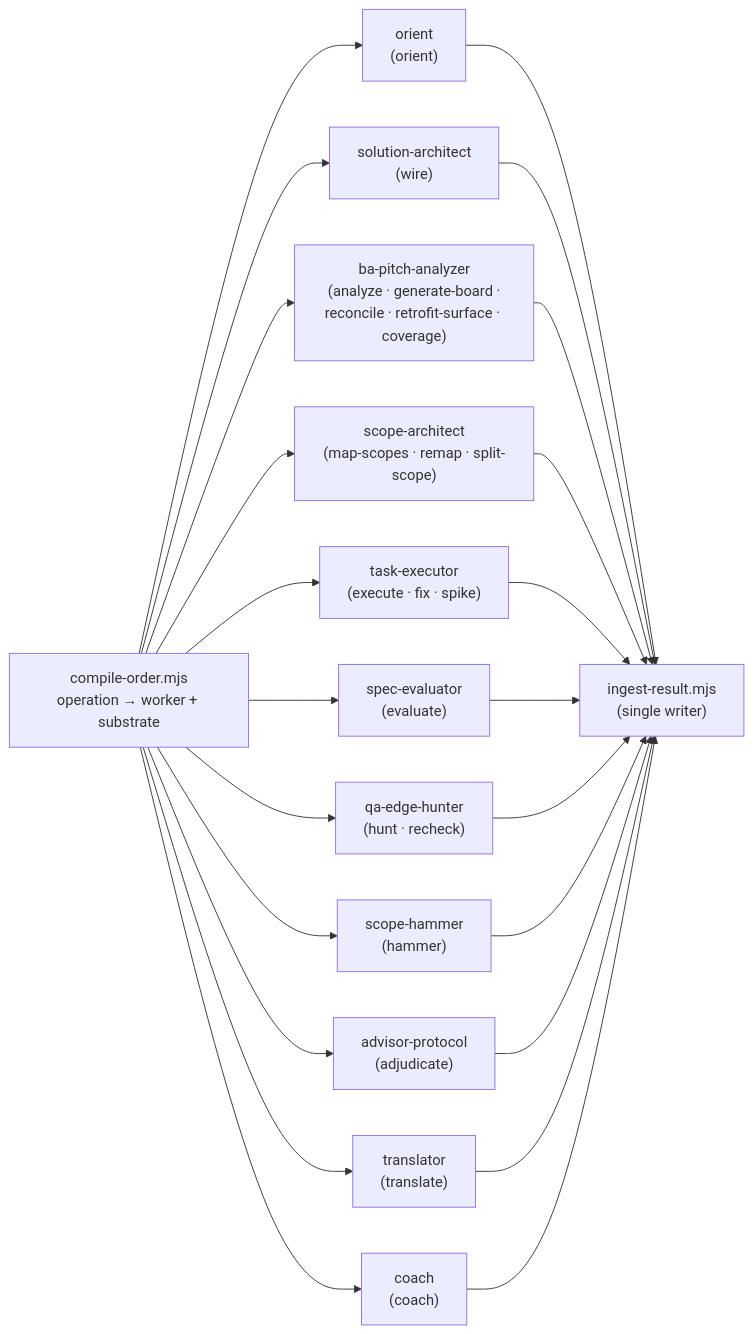
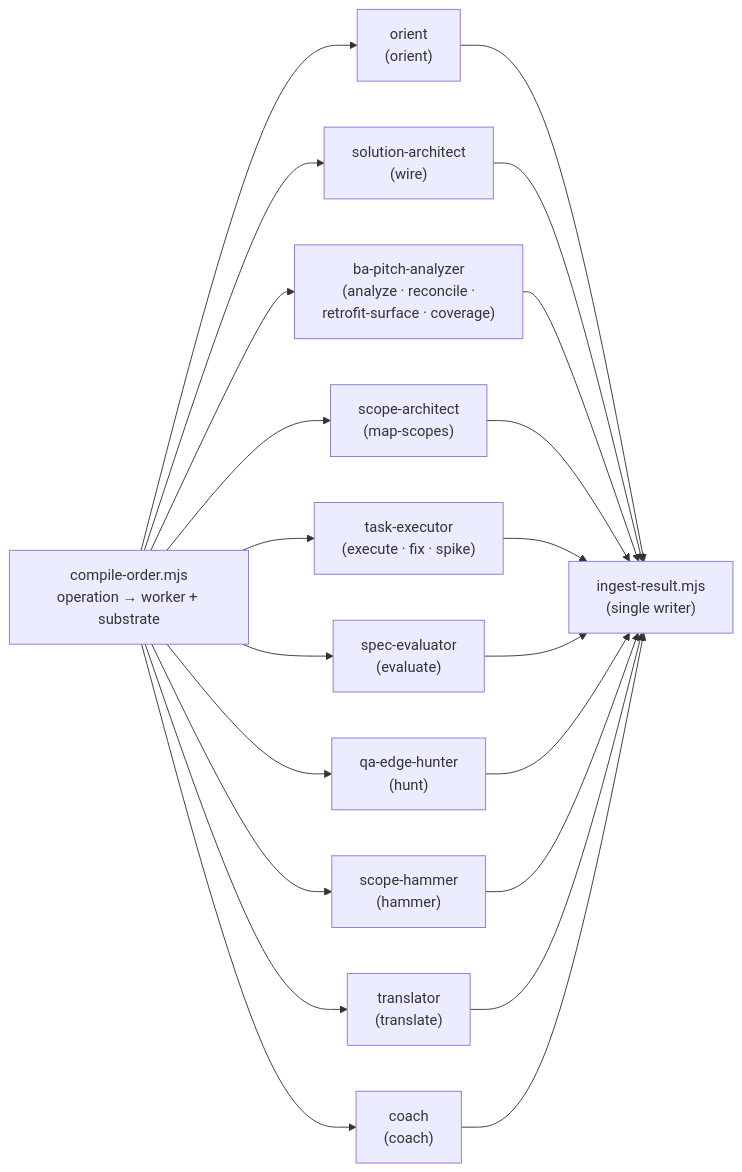
One commit to nguyenvanphituoc/shapeup-sdlc-plugin changed the second of 3 diagrams in docs/design/03-system-design.md. Above: the diagram before and after it, drawn with Mermaid. The commit also changed other lines of this file and 13 other files, not shown here.

````diff
--- a/docs/design/03-system-design.md
+++ b/docs/design/03-system-design.md
@@ -75,26 +74,24 @@
 ```mermaid
 graph LR
     CO["compile-order.mjs<br/>operation → worker + substrate"]
     CO --> ORI["orient<br/>(orient)"]
     CO --> SA["solution-architect<br/>(wire)"]
-    CO --> BA["ba-pitch-analyzer<br/>(analyze · generate-board ·<br/>reconcile · retrofit-surface · coverage)"]
-    CO --> SC["scope-architect<br/>(map-scopes · remap · split-scope)"]
+    CO --> BA["ba-pitch-analyzer<br/>(analyze · reconcile ·<br/>retrofit-surface · coverage)"]
+    CO --> SC["scope-architect<br/>(map-scopes)"]
     CO --> TE["task-executor<br/>(execute · fix · spike)"]
     CO --> SE["spec-evaluator<br/>(evaluate)"]
-    CO --> QA["qa-edge-hunter<br/>(hunt · recheck)"]
+    CO --> QA["qa-edge-hunter<br/>(hunt)"]
     CO --> SH["scope-hammer<br/>(hammer)"]
-    CO --> AD["advisor-protocol<br/>(adjudicate)"]
     CO --> TR["translator<br/>(translate)"]
     CO --> CH["coach<br/>(coach)"]
     ORI --> IR["ingest-result.mjs<br/>(single writer)"]
     SA --> IR
     BA --> IR
     SC --> IR
     TE --> IR
     SE --> IR
     QA --> IR
     SH --> IR
-    AD --> IR
     TR --> IR
     CH --> IR
 ```
````
